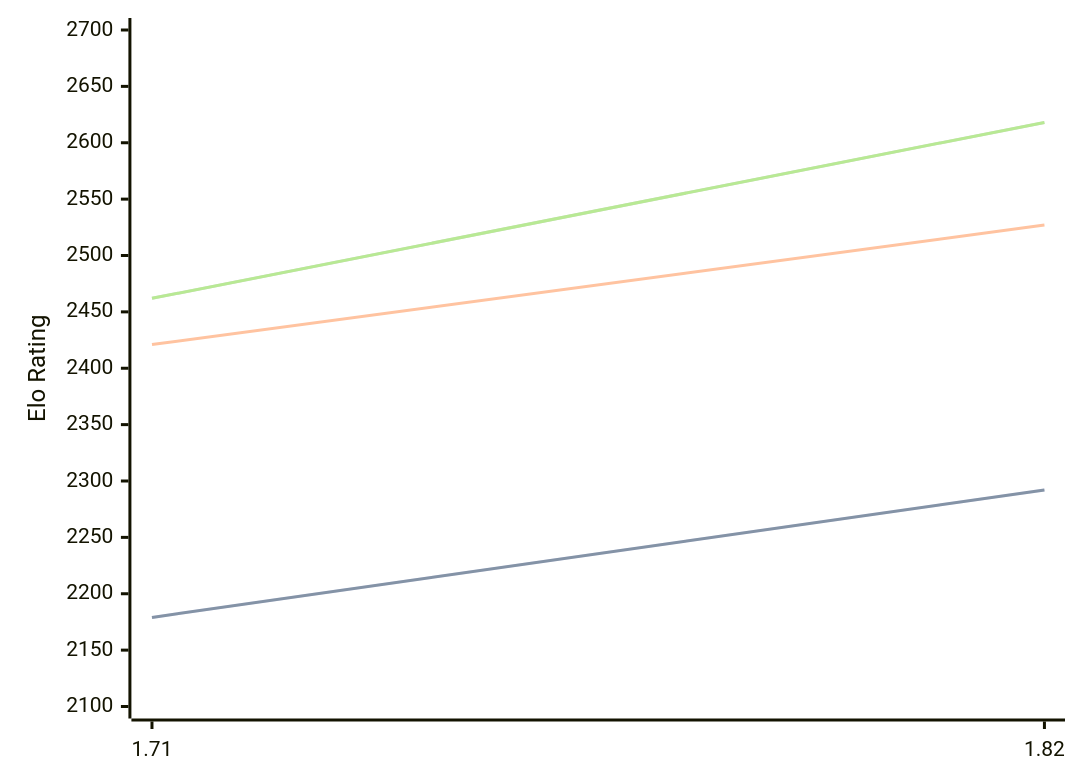
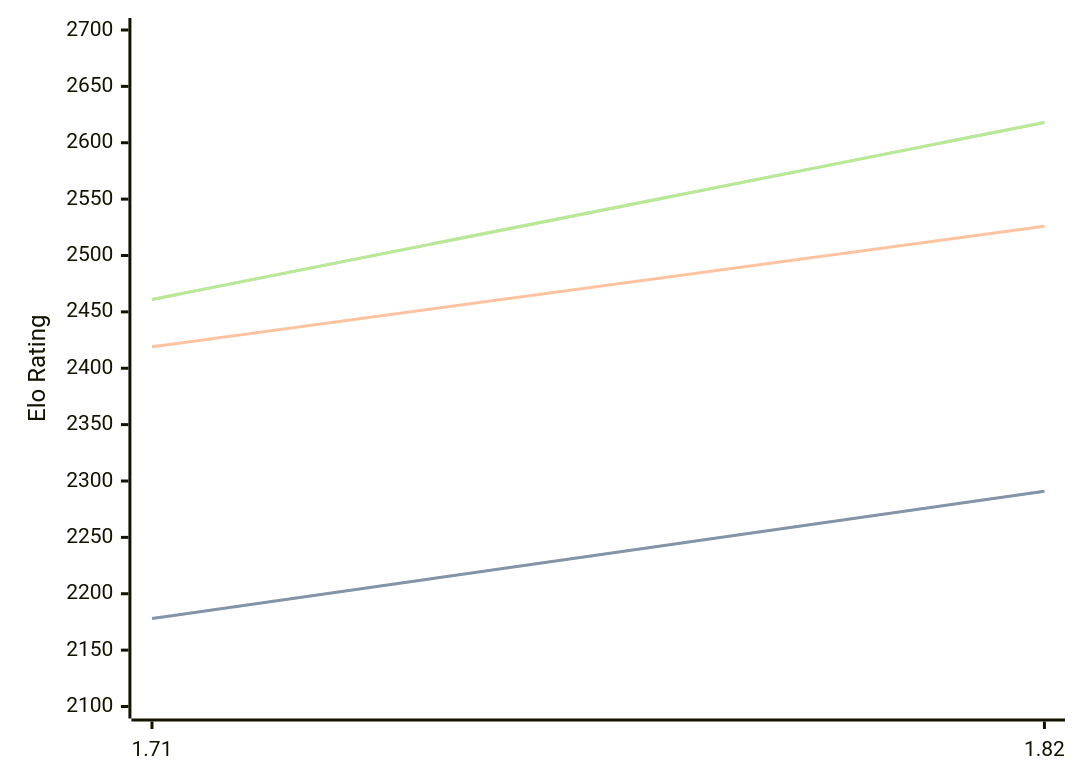
One commit to computer-chess-index/cci changed the third of 3 diagrams in engines/Amira.md. Above: the diagram before and after it, drawn with Mermaid. The commit also changed other lines of this file, not shown here.

Commit message:
Update CCI Ratings (ELO VLTC) - 2026-06-26

````diff
--- a/engines/Amira.md
+++ b/engines/Amira.md
@@ -68,11 +68,11 @@
 ```mermaid
 %%{init: {"theme":"base","themeVariables":{"seriesColors:['#a3a3a3','#222221','#faa371']}}}%%
 xychart-beta
   x-axis ["1.71", "1.82"]
   y-axis "Elo Rating" 2100 --> 2700
-  line "STC (8.0+0.08s)" [2179, 2292]
-  line "STC (8.0+0.08s)" [2179, 2292]
-  line "LTC (60.0+0.60s)" [2421, 2527]
-  line "VLTC (2m24s+1.12s)" [2462, 2618]
-  line "VLTC (2m24s+1.12s)" [2462, 2618]
+  line "STC (8.0+0.08s)" [2178, 2291]
+  line "STC (8.0+0.08s)" [2178, 2291]
+  line "LTC (60.0+0.60s)" [2419, 2526]
+  line "VLTC (2m24s+1.12s)" [2461, 2618]
+  line "VLTC (2m24s+1.12s)" [2461, 2618]
 ```
````
